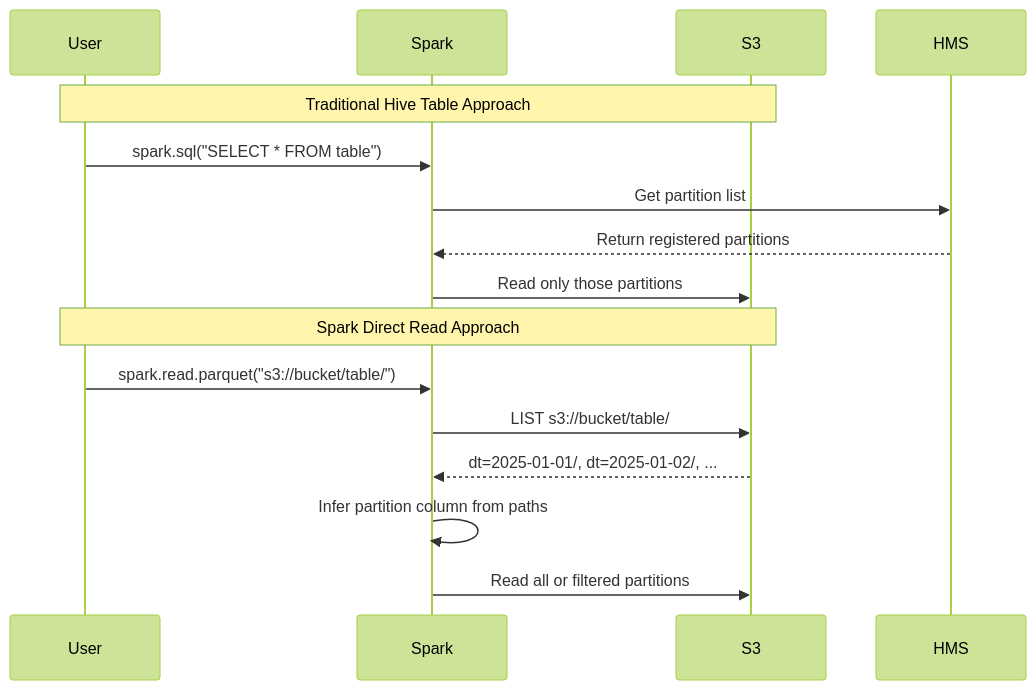
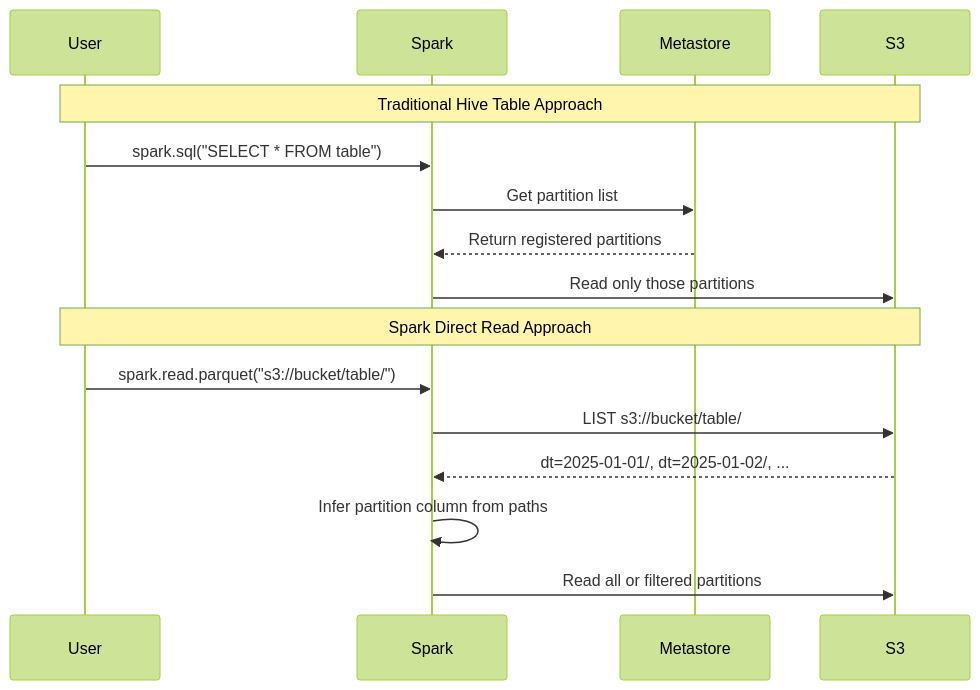
Before and after one commit to doriancuentas/learn-resources: the tenth of 18 diagrams in Hive Iceberg autodiscovery.md, drawn with Mermaid (forest theme). The commit also changed other lines of this file, not shown here.

````diff
--- a/Hive Iceberg autodiscovery.md
+++ b/Hive Iceberg autodiscovery.md
@@ -391,19 +375,20 @@
 ```mermaid
 sequenceDiagram
     participant User
     participant Spark
+    participant HMS as Metastore
     participant S3
-    
+
     Note over User,S3: Traditional Hive Table Approach
     User->>Spark: spark.sql("SELECT * FROM table")
     Spark->>HMS: Get partition list
     HMS-->>Spark: Return registered partitions
     Spark->>S3: Read only those partitions
-    
+
     Note over User,S3: Spark Direct Read Approach
     User->>Spark: spark.read.parquet("s3://bucket/table/")
     Spark->>S3: LIST s3://bucket/table/
     S3-->>Spark: dt=2025-01-01/, dt=2025-01-02/, ...
     Spark->>Spark: Infer partition column from paths
     Spark->>S3: Read all or filtered partitions
 ```
````
